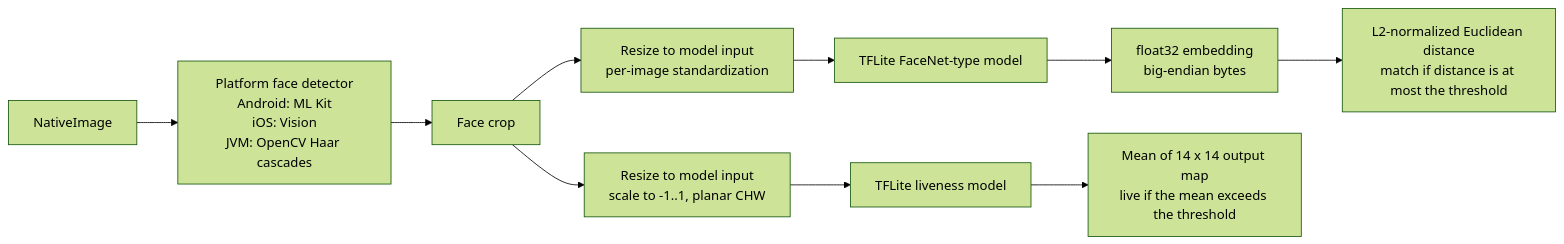
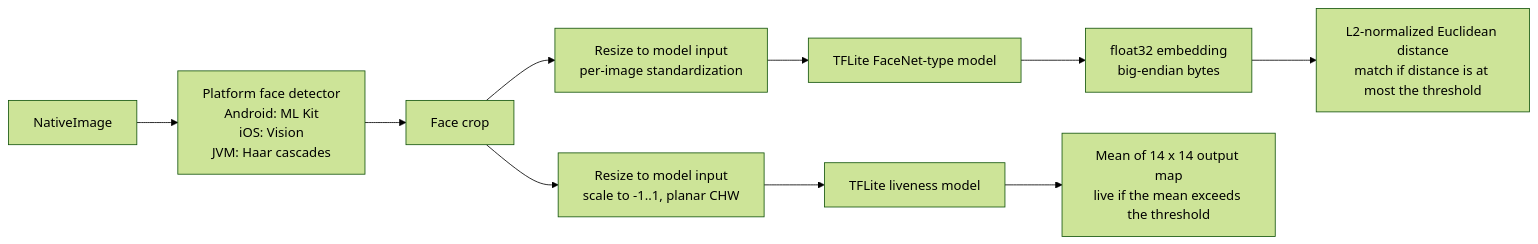
Before and after one commit to biometric-technologies/biometric-sdk: the third of 3 diagrams in readme.md, drawn with Mermaid (forest theme). The commit also changed other lines of this file and 8 other files, not shown here.

First line of the commit message:
Face detection on the JVM without OpenCV: Haar cascade detector in common Kotlin

````diff
--- a/readme.md
+++ b/readme.md
@@ -809,12 +808,12 @@
 ```mermaid
 flowchart LR
-    IMG["NativeImage"] --> DET["Platform face detector<br/>Android: ML Kit<br/>iOS: Vision<br/>JVM: OpenCV Haar cascades"]
+    IMG["NativeImage"] --> DET["Platform face detector<br/>Android: ML Kit<br/>iOS: Vision<br/>JVM: Haar cascades"]
     DET --> CROP["Face crop"]
     CROP --> PRE1["Resize to model input<br/>per-image standardization"]
     PRE1 --> NET["TFLite FaceNet-type model"]
     NET --> EMB["float32 embedding<br/>big-endian bytes"]
     EMB --> DIST["L2-normalized Euclidean distance<br/>match if distance is at most the threshold"]
     CROP --> PRE2["Resize to model input<br/>scale to -1..1, planar CHW"]
     PRE2 --> LIVE["TFLite liveness model"]
     LIVE --> MAP["Mean of 14 x 14 output map<br/>live if the mean exceeds the threshold"]
 ```
````
